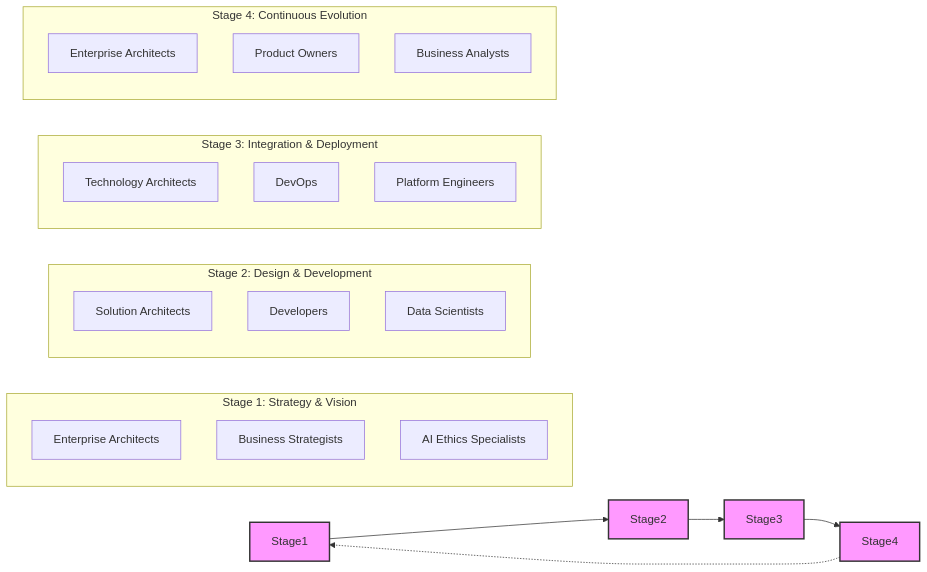
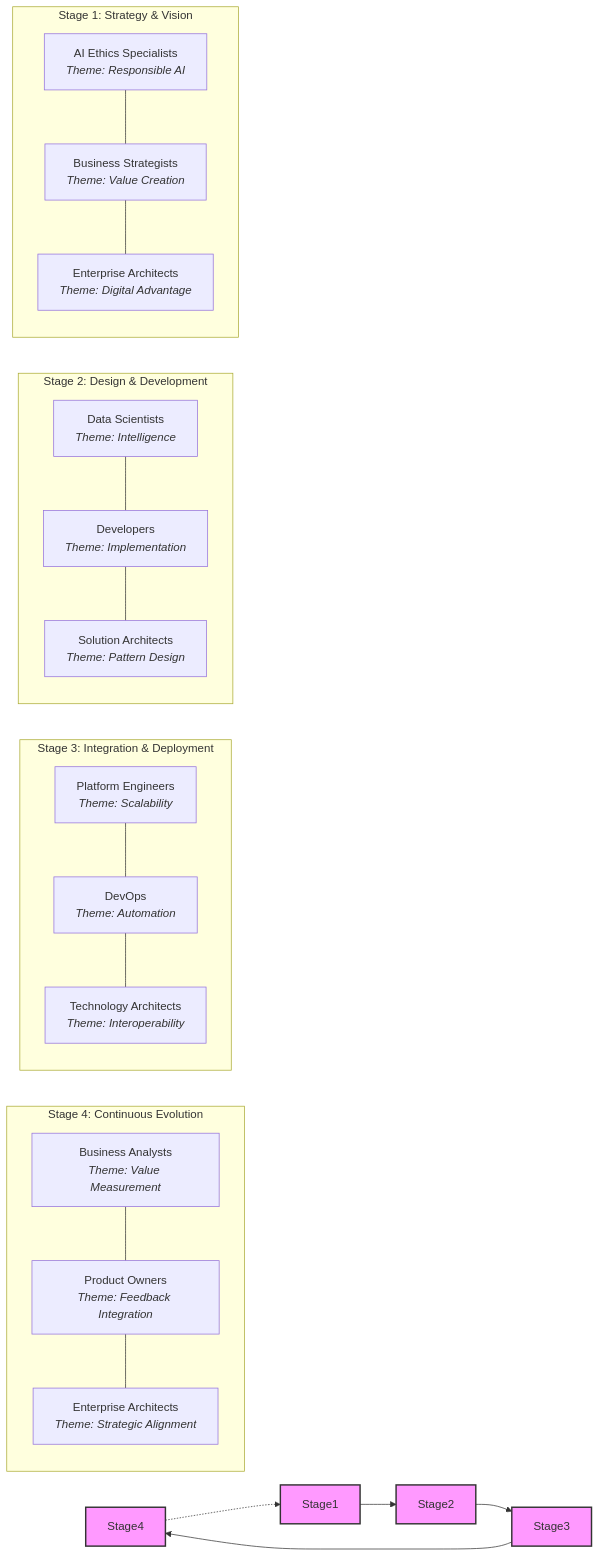
The second of 6 diagrams in cio-may.md (AliceNN-ucdenver/Iasa), drawn with Mermaid before and after one commit. The commit also changed other lines of this file, not shown here.

````diff
--- a/cio-may.md
+++ b/cio-may.md
@@ -41,34 +47,26 @@
 ```mermaid
 graph LR
-    subgraph "Stage 1: Strategy & Vision"
-        A1[Enterprise Architects]
-        A2[Business Strategists]
-        A3[AI Ethics Specialists]
+    Stage4 -.-> Stage1
+    Stage3 --> Stage4
+    Stage2 --> Stage3
+    Stage1 --> Stage2
+    
+    subgraph "Stage 4: Continuous Evolution"
+        D3["Business Analysts<br><i>Theme: Value Measurement</i>"] --- D2["Product Owners<br><i>Theme: Feedback Integration</i>"] --- D1["Enterprise Architects<br><i>Theme: Strategic Alignment</i>"]
+    end
+    
+    subgraph "Stage 3: Integration & Deployment"
+        C3["Platform Engineers<br><i>Theme: Scalability</i>"] --- C2["DevOps<br><i>Theme: Automation</i>"] --- C1["Technology Architects<br><i>Theme: Interoperability</i>"]
     end
     
     subgraph "Stage 2: Design & Development"
-        B1[Solution Architects]
-        B2[Developers]
-        B3[Data Scientists]
+        B3["Data Scientists<br><i>Theme: Intelligence</i>"] --- B2["Developers<br><i>Theme: Implementation</i>"] --- B1["Solution Architects<br><i>Theme: Pattern Design</i>"]
     end
     
-    subgraph "Stage 3: Integration & Deployment"
-        C1[Technology Architects]
-        C2[DevOps]
-        C3[Platform Engineers]
+    subgraph "Stage 1: Strategy & Vision"
+        A3["AI Ethics Specialists<br><i>Theme: Responsible AI</i>"] --- A2["Business Strategists<br><i>Theme: Value Creation</i>"] --- A1["Enterprise Architects<br><i>Theme: Digital Advantage</i>"]
     end
-    
-    subgraph "Stage 4: Continuous Evolution"
-        D1[Enterprise Architects]
-        D2[Product Owners]
-        D3[Business Analysts]
-    end
-    
-    Stage1 --> Stage2
-    Stage2 --> Stage3
-    Stage3 --> Stage4
-    Stage4 -.-> Stage1
     
     classDef stage fill:#f9f,stroke:#333,stroke-width:2px;
     class Stage1,Stage2,Stage3,Stage4 stage;
 ```
````
